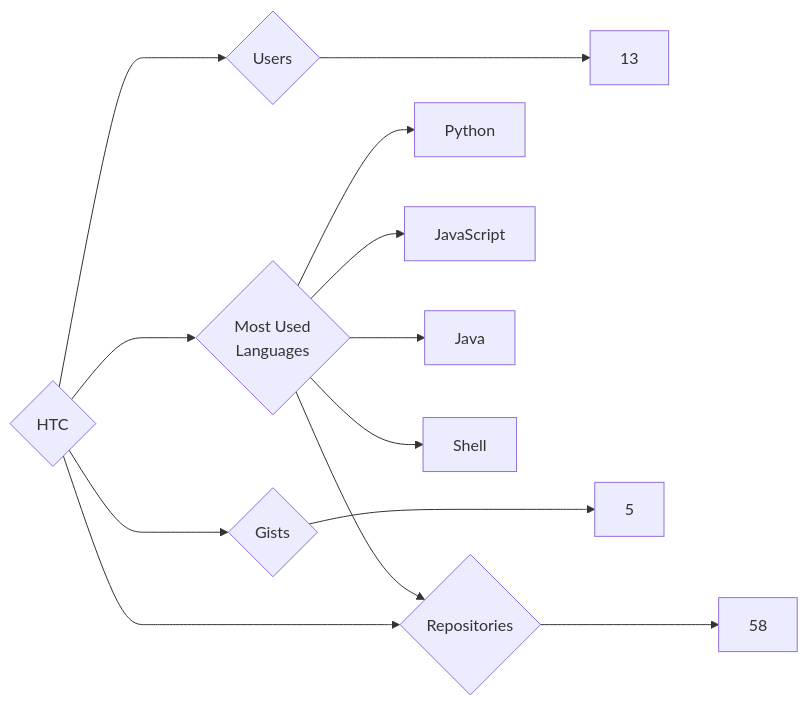
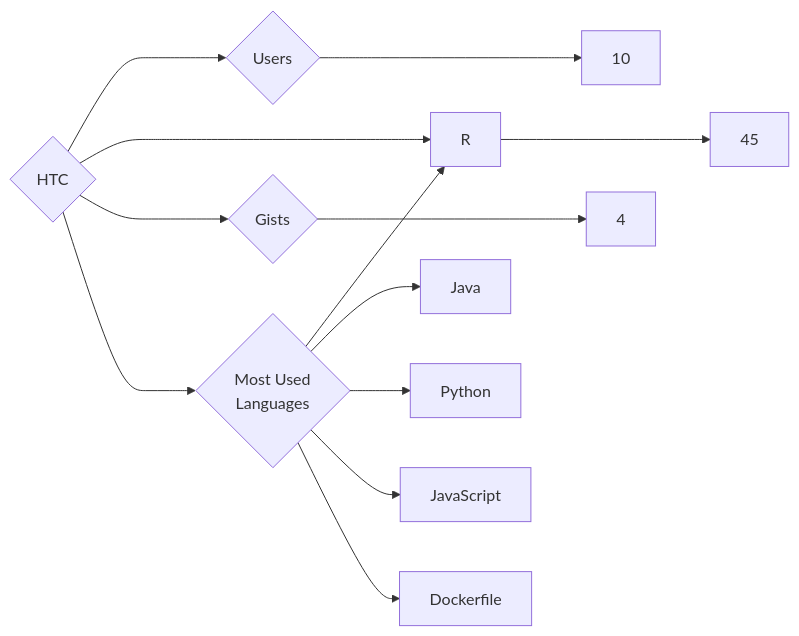
One commit to trickest/insiders changed the diagram in targets/HTC/README.md. Above: the diagram before and after it, drawn with Mermaid. The commit also changed 951 other files, not shown here.

````diff
--- a/targets/HTC/README.md
+++ b/targets/HTC/README.md
@@ -3,13 +3,13 @@
 ```mermaid
 graph LR
 COMPANY_NAME{HTC}
-COMPANY_NAME ---> U{Users} ---> UN[13]
-COMPANY_NAME ---> R{Repositories} ---> RN[58]
-COMPANY_NAME ---> G{Gists} ---> GN[5]
+COMPANY_NAME ---> U{Users} ---> UN[10]
+COMPANY_NAME ---> R{Repositories} ---> RN[45]
+COMPANY_NAME ---> G{Gists} ---> GN[4]
 COMPANY_NAME ---> ML{Most Used<br>Languages}
-ML --> Python
-ML --> R
-ML --> JavaScript
-ML --> Java
-ML --> Shell
+ML --> R[R]
+ML --> Java[Java]
+ML --> Python[Python]
+ML --> JavaScript[JavaScript]
+ML --> Dockerfile[Dockerfile]
 ```
````
